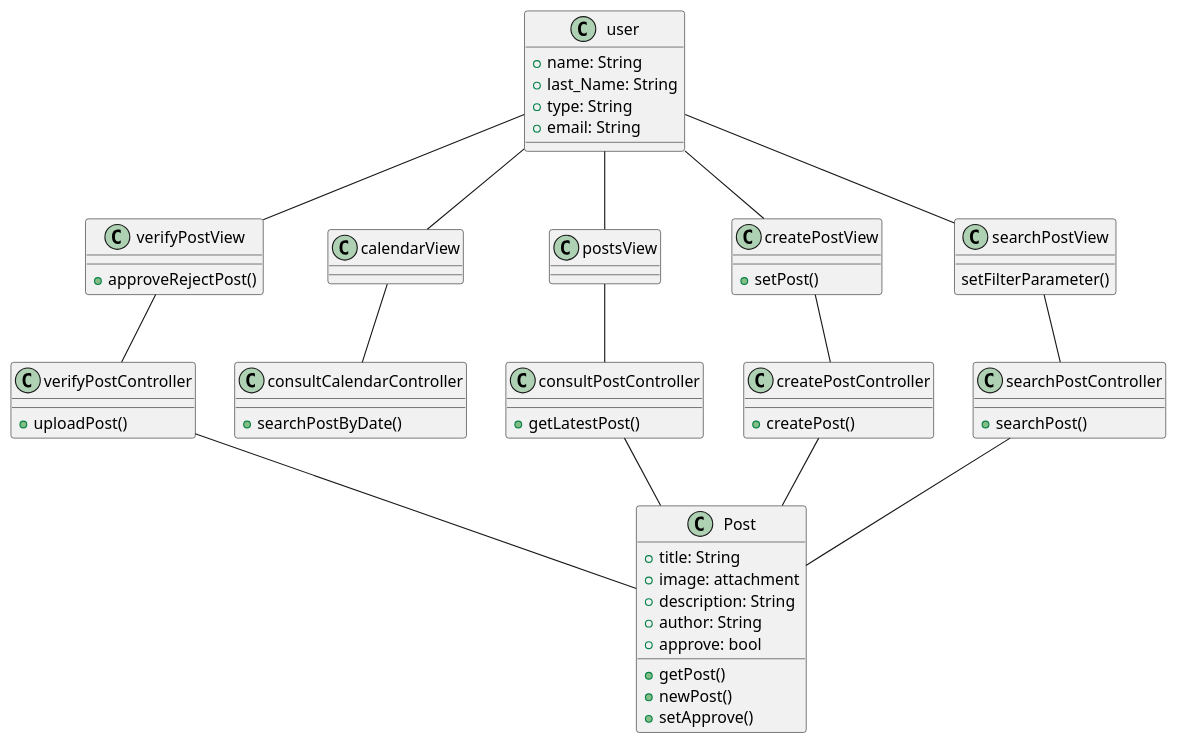
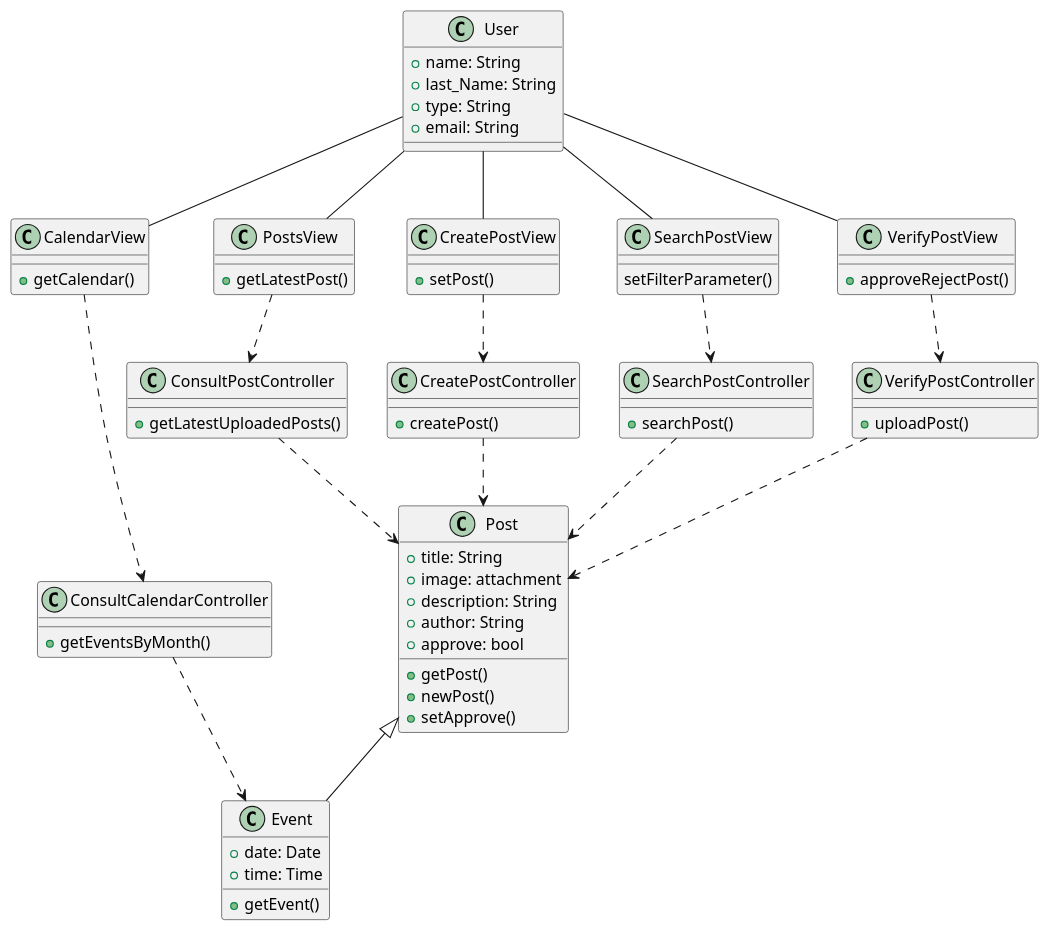
Before and after one commit to Dayannis-07/ING_SOFT: the diagram in docs/scenariosView/AnalysisClassDiagram.plantuml, drawn with PlantUML. The commit also changed 3 other files, not shown here.

Commit message:
Corrections Analysis Class Diagram

```diff
--- a/docs/scenariosView/AnalysisClassDiagram.plantuml
+++ b/docs/scenariosView/AnalysisClassDiagram.plantuml
@@ -1,65 +1,72 @@
 @startuml classDiagram
-class user{
+class User{
  +name: String
     +last_Name: String
     +type: String
     +email: String
 }
 class Post{
  +title: String
     +image: attachment
     +description: String
     + author: String
     + approve: bool
     + getPost()
     +newPost()
     +setApprove()
 
-
+}
+class Event{
+  +date: Date 
+  +time: Time
+  +getEvent()
 }
 
-class verifyPostController{
+class VerifyPostController{
 +uploadPost()
 }
-class createPostController{
+class CreatePostController{
   +createPost()
 }
-class consultPostController{
-+ getLatestPost()
+class ConsultPostController{
++ getLatestUploadedPosts()
 }
-class searchPostController{
+class SearchPostController{
 +searchPost()
 }
-class consultCalendarController{
-  +searchPostByDate()
+class ConsultCalendarController{
+  +getEventsByMonth()
 }
-class verifyPostView{
+class VerifyPostView{
 +approveRejectPost()
 }
-class calendarView{
+class CalendarView{
+  +getCalendar()
 }
-class postsView{
-  
+class PostsView{
+  +getLatestPost()
 }
-class createPostView{
+class CreatePostView{
  +setPost()
 }
-class searchPostView{
+class SearchPostView{
   setFilterParameter()
 }
 
-user--postsView
-user-- verifyPostView
-user-- createPostView
-user-- searchPostView
-postsView--consultPostController
-createPostView--createPostController
-verifyPostView--verifyPostController
-searchPostView--searchPostController
-searchPostController--Post
-createPostController--Post
-verifyPostController--Post
-consultPostController--Post
-user--calendarView
-calendarView--consultCalendarController
+User--PostsView
+User-- VerifyPostView
+User-- CreatePostView
+User-- SearchPostView
+PostsView..>ConsultPostController
+CreatePostView..>CreatePostController
+VerifyPostView..>VerifyPostController
+SearchPostView..>SearchPostController
+SearchPostController..>Post
+CreatePostController..>Post
+VerifyPostController..>Post
+ConsultPostController..>Post
+User--CalendarView
+CalendarView..>ConsultCalendarController
+Post<|--Event
+ConsultCalendarController..>Event
 @enduml
```
